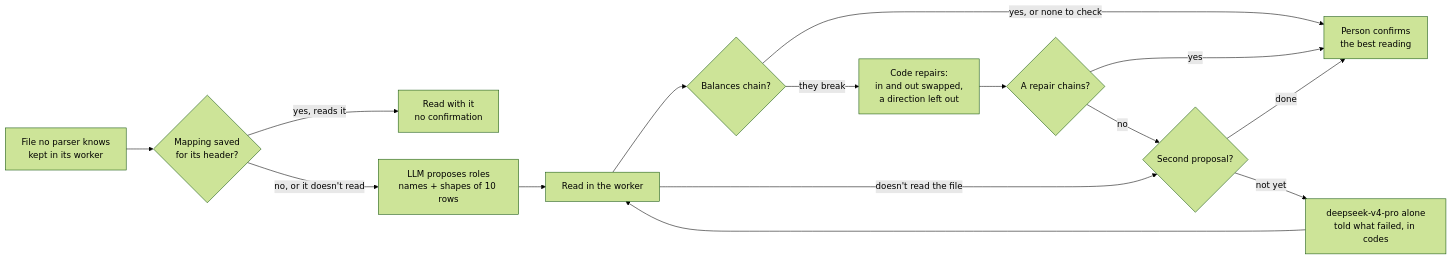
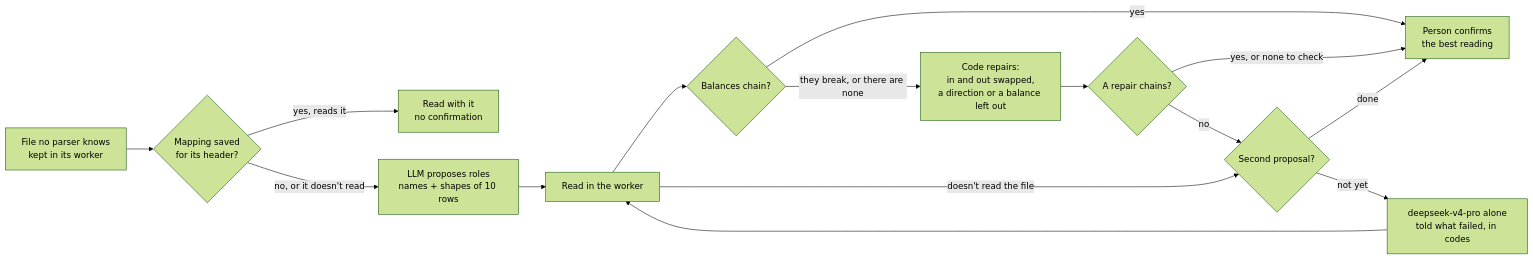
The fifth of 7 diagrams in docs/ARCHITECTURE.md (ingcarlostello/xtrakto), drawn with Mermaid (forest theme) before and after one commit. The commit also changed other lines of this file and 5 other files, not shown here.

````diff
--- a/docs/ARCHITECTURE.md
+++ b/docs/ARCHITECTURE.md
@@ -369,17 +369,17 @@
 ```mermaid
 flowchart LR
     A["File no parser knows<br/>kept in its worker"] --> L{"Mapping saved<br/>for its header?"}
     L -- "yes, reads it" --> F["Read with it<br/>no confirmation"]
     L -- "no, or it doesn't read" --> M["LLM proposes roles<br/>names + shapes of 10 rows"]
     M --> R["Read in the worker"]
     R --> V{"Balances chain?"}
-    V -- "yes, or none to check" --> C["Person confirms<br/>the best reading"]
-    V -- "they break" --> X["Code repairs:<br/>in and out swapped,<br/>a direction left out"]
+    V -- "yes" --> C["Person confirms<br/>the best reading"]
+    V -- "they break, or there are none" --> X["Code repairs:<br/>in and out swapped,<br/>a direction or a balance left out"]
     X --> W{"A repair chains?"}
-    W -- "yes" --> C
+    W -- "yes, or none to check" --> C
     W -- "no" --> T{"Second proposal?"}
     R -- "doesn't read the file" --> T
     T -- "not yet" --> P["deepseek-v4-pro alone<br/>told what failed, in codes"]
     P --> R
     T -- "done" --> C
 ```
````
